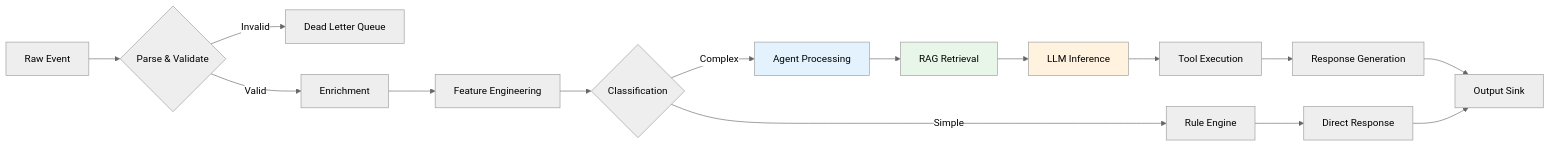
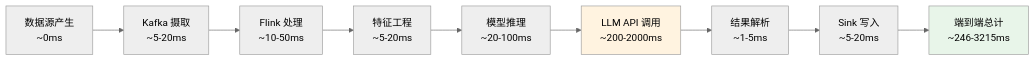
The seventh of 7 diagrams in Knowledge/06-frontier/ai-agent-flink-end-to-end-architecture.md (AdaMartin18010/AnalysisDataFlow), drawn with Mermaid (neutral theme) before and after one commit. The commit also changed other lines of this file and 18 other files, not shown here.

````diff
--- a/Knowledge/06-frontier/ai-agent-flink-end-to-end-architecture.md
+++ b/Knowledge/06-frontier/ai-agent-flink-end-to-end-architecture.md
@@ -1577,25 +2223,14 @@
 ```mermaid
-flowchart LR
-    A[Raw Event] --> B{Parse & Validate}
-    B -->|Invalid| C[Dead Letter Queue]
-    B -->|Valid| D[Enrichment]
+graph LR
+    A[数据源产生<br/>~0ms] --> B[Kafka 摄取<br/>~5-20ms]
+    B --> C[Flink 处理<br/>~10-50ms]
+    C --> D[特征工程<br/>~5-20ms]
+    D --> E[模型推理<br/>~20-100ms]
+    E --> F[LLM API 调用<br/>~200-2000ms]
+    F --> G[结果解析<br/>~1-5ms]
+    G --> H[Sink 写入<br/>~5-20ms]
+    H --> I[端到端总计<br/>~246-3215ms]
 
-    D --> E[Feature Engineering]
-    E --> F{Classification}
-
-    F -->|Simple| G[Rule Engine]
-    F -->|Complex| H[Agent Processing]
-
-    G --> I[Direct Response]
-    H --> J[RAG Retrieval]
-    J --> K[LLM Inference]
-    K --> L[Tool Execution]
-    L --> M[Response Generation]
-
-    M --> N[Output Sink]
-    I --> N
-
-    style H fill:#e3f2fd
-    style K fill:#fff3e0
-    style J fill:#e8f5e9
+    style F fill:#fff3e0
+    style I fill:#e8f5e9
 ```
````
